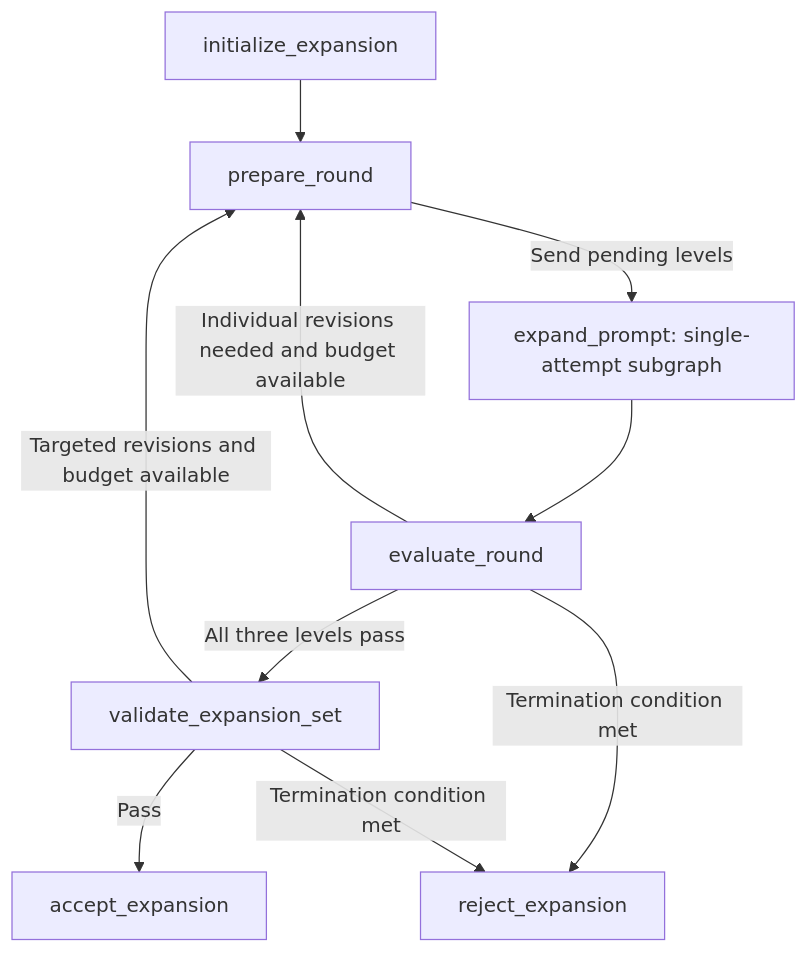
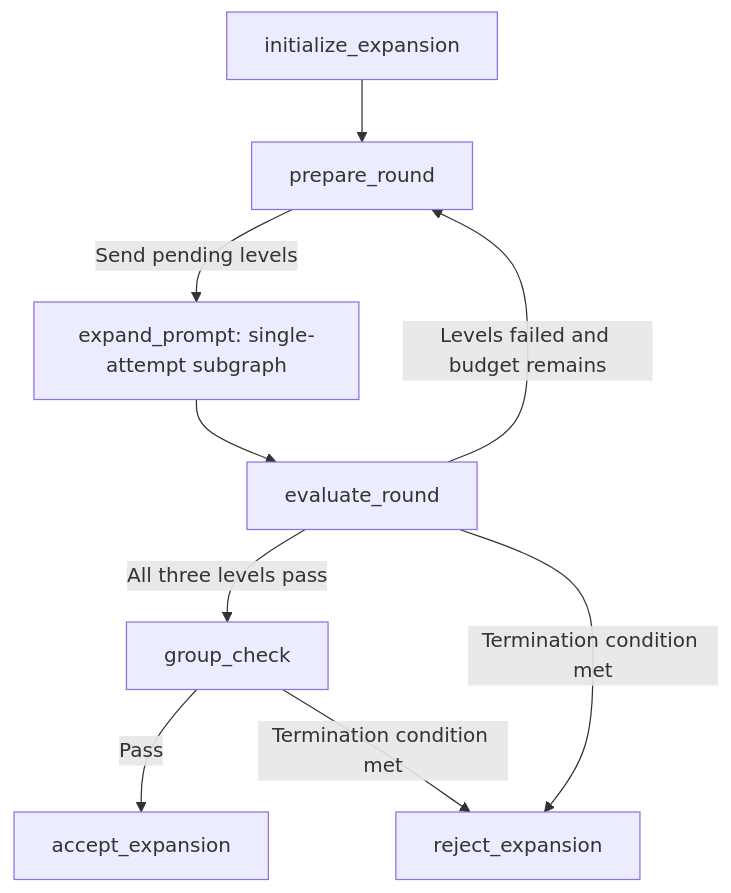
The second of 4 diagrams in docs/workflows.en.md (ChenYizhu97/PairData), drawn with Mermaid before and after one commit. The commit also changed other lines of this file and 26 other files, not shown here.

````diff
--- a/docs/workflows.en.md
+++ b/docs/workflows.en.md
@@ -45,12 +45,11 @@
 ```mermaid
 flowchart TD
     A[initialize_expansion] --> B[prepare_round]
     B -->|Send pending levels| C[expand_prompt: single-attempt subgraph]
     C --> D[evaluate_round]
-    D -->|Individual revisions needed and budget available| B
-    D -->|All three levels pass| E[validate_expansion_set]
+    D -->|Levels failed and budget remains| B
+    D -->|All three levels pass| E[group_check]
     D -->|Termination condition met| R[reject_expansion]
-    E -->|Targeted revisions and budget available| B
     E -->|Pass| P[accept_expansion]
     E -->|Termination condition met| R
 ```
````
